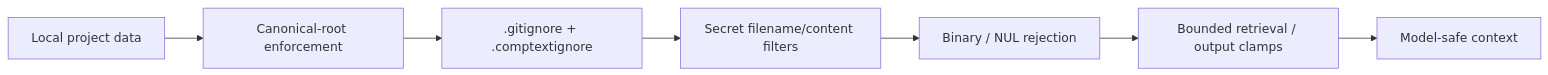
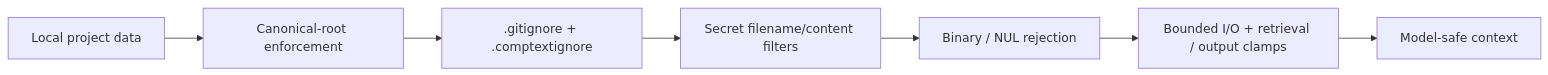
Before and after one commit to ProfRandom92/comptext-conductor-max: the fifth of 5 diagrams in README.md, drawn with Mermaid. The commit also changed other lines of this file, not shown here.

````diff
--- a/README.md
+++ b/README.md
@@ -291,9 +320,9 @@
 ```mermaid
 flowchart LR
     INPUT["Local project data"] --> ROOT["Canonical-root enforcement"]
     ROOT --> IGN[".gitignore + .comptextignore"]
     IGN --> SECRET["Secret filename/content filters"]
     SECRET --> BIN["Binary / NUL rejection"]
-    BIN --> BOUND["Bounded retrieval / output clamps"]
+    BIN --> BOUND["Bounded I/O + retrieval / output clamps"]
     BOUND --> MODEL["Model-safe context"]
 ```
````
